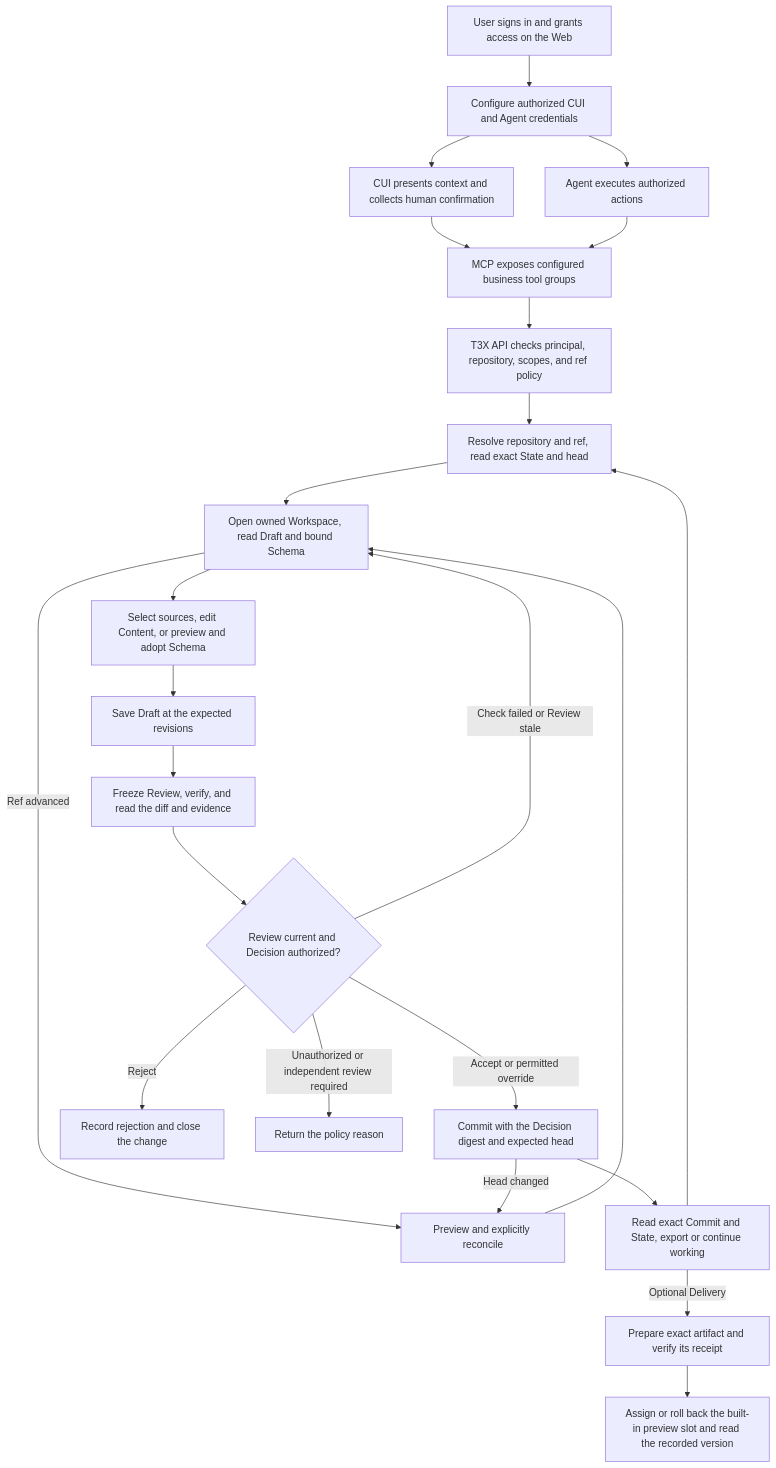
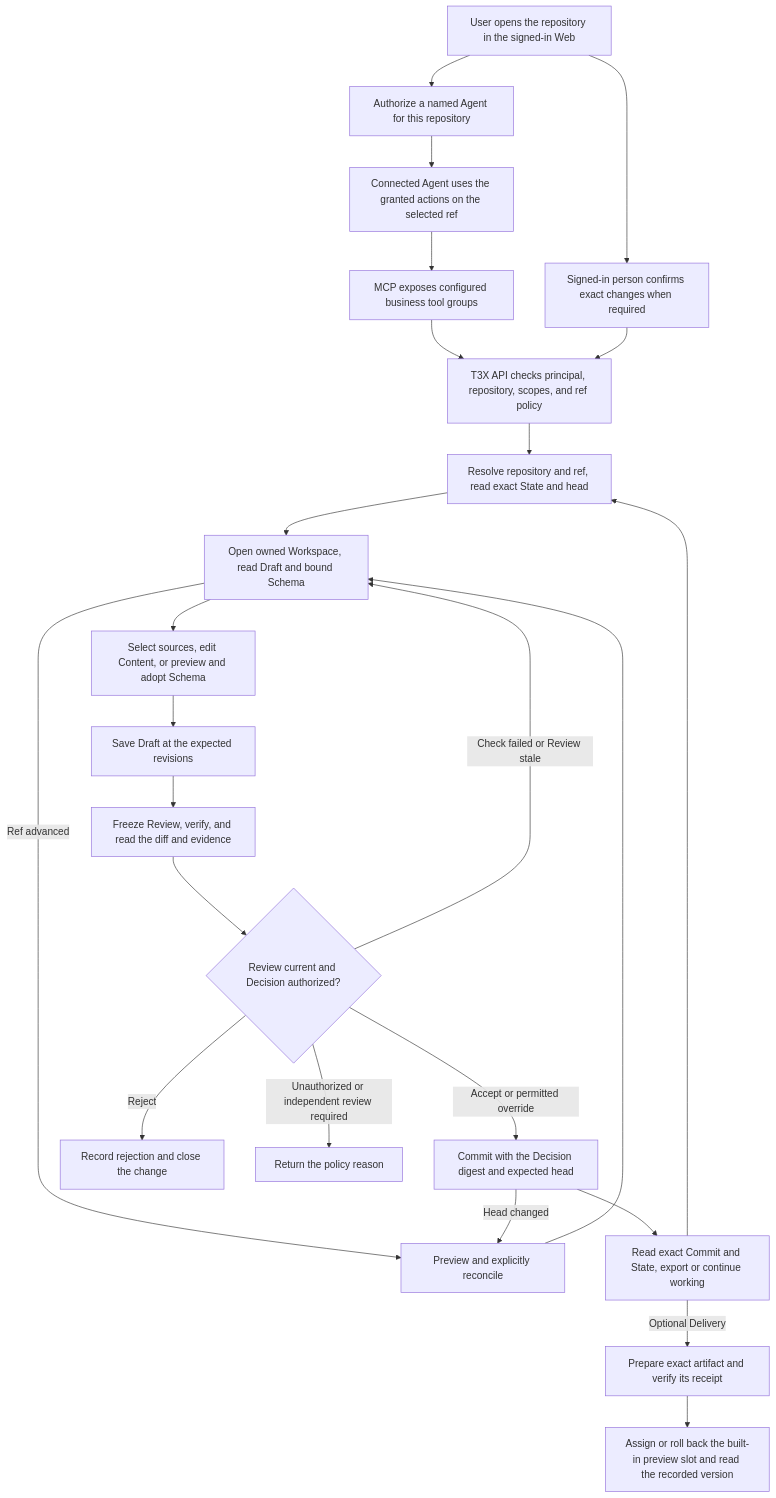
Before and after one commit to t3x-dev/t3x-core: the diagram in apps/mcp/docs/business-capabilities.md, drawn with Mermaid. The commit also changed other lines of this file and 1 other file, not shown here.

Commit message:
docs(mcp): define repository delegation for personal agents

````diff
--- a/apps/mcp/docs/business-capabilities.md
+++ b/apps/mcp/docs/business-capabilities.md
@@ -101,26 +154,26 @@
 ```mermaid
 flowchart TD
-    web["User signs in and grants access on the Web"] --> credentials["Configure authorized CUI and Agent credentials"]
-    credentials --> cui["CUI presents context and collects human confirmation"]
-    credentials --> agent["Agent executes authorized actions"]
-    cui --> mcp["MCP exposes configured business tool groups"]
-    agent --> mcp
+    web["User opens the repository in the signed-in Web"] --> grant["Authorize a named Agent for this repository"]
+    web --> cui["Signed-in person confirms exact changes when required"]
+    grant --> agent["Connected Agent uses the granted actions on the selected ref"]
+    agent --> mcp["MCP exposes configured business tool groups"]
     mcp --> api["T3X API checks principal, repository, scopes, and ref policy"]
+    cui --> api
     api --> read["Resolve repository and ref, read exact State and head"]
     read --> draft["Open owned Workspace, read Draft and bound Schema"]
     draft --> edit["Select sources, edit Content, or preview and adopt Schema"]
     draft -->|Ref advanced| sync["Preview and explicitly reconcile"]
     sync --> draft
     edit --> saved["Save Draft at the expected revisions"]
     saved --> review["Freeze Review, verify, and read the diff and evidence"]
     review --> decision{"Review current and Decision authorized?"}
     decision -->|Accept or permitted override| commit["Commit with the Decision digest and expected head"]
     decision -->|Reject| rejected["Record rejection and close the change"]
     decision -->|Check failed or Review stale| draft
     decision -->|Unauthorized or independent review required| blocked["Return the policy reason"]
     commit -->|Head changed| sync
     commit --> result["Read exact Commit and State, export or continue working"]
     result --> read
     result -->|Optional Delivery| delivery["Prepare exact artifact and verify its receipt"]
     delivery --> preview["Assign or roll back the built-in preview slot and read the recorded version"]
 ```
````
